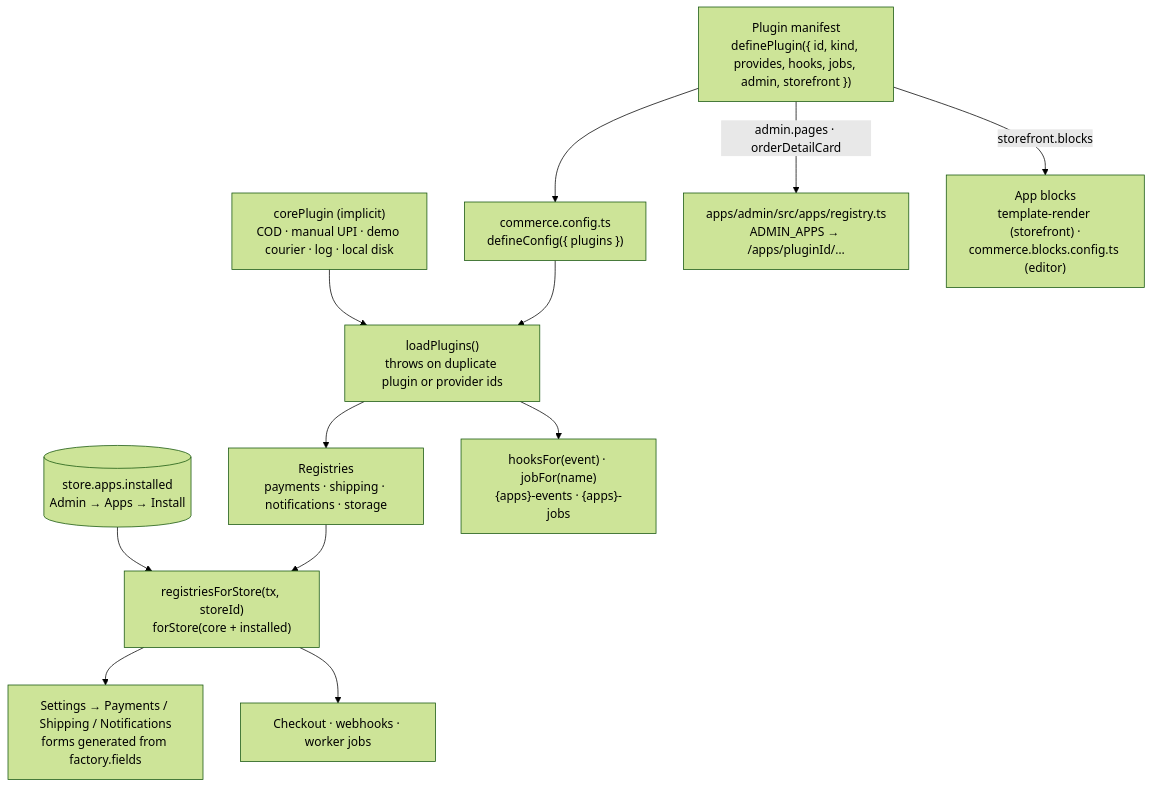
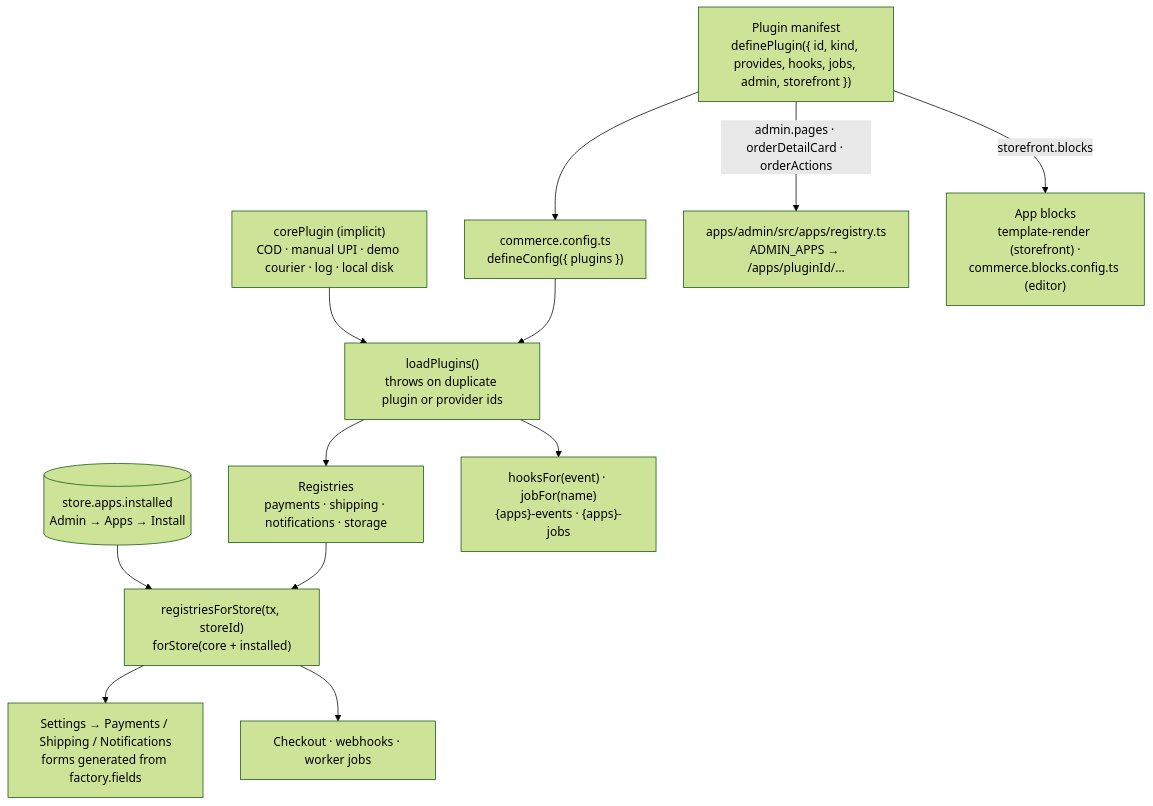
One commit to Viora-Tech/e-commerce changed the diagram in apps/docs/content/developer-docs/building/plugins.mdx. Above: the diagram before and after it, drawn with Mermaid (forest theme). The commit also changed other lines of this file and 37 other files, not shown here.

First line of the commit message:
feat(orders): app order actions in More actions, row menu and bulk bar

````diff
--- a/apps/docs/content/developer-docs/building/plugins.mdx
+++ b/apps/docs/content/developer-docs/building/plugins.mdx
@@ -31,14 +31,14 @@
 ```mermaid
 flowchart TD
   manifest["Plugin manifest<br/>definePlugin({ id, kind, provides, hooks, jobs, admin, storefront })"] --> config["commerce.config.ts<br/>defineConfig({ plugins })"]
   core["corePlugin (implicit)<br/>COD · manual UPI · demo courier · log · local disk"] --> load
   config --> load["loadPlugins()<br/>throws on duplicate plugin or provider ids"]
   load --> registries["Registries<br/>payments · shipping · notifications · storage"]
   installed[("store.apps.installed<br/>Admin → Apps → Install")] --> perstore["registriesForStore(tx, storeId)<br/>forStore(core + installed)"]
   registries --> perstore
   perstore --> settings["Settings → Payments / Shipping / Notifications<br/>forms generated from factory.fields"]
   perstore --> runtime["Checkout · webhooks · worker jobs"]
   load --> hooks["hooksFor(event) · jobFor(name)<br/>{apps}-events · {apps}-jobs"]
-  manifest -->|"admin.pages · orderDetailCard"| adminreg["apps/admin/src/apps/registry.ts<br/>ADMIN_APPS → /apps/pluginId/…"]
+  manifest -->|"admin.pages · orderDetailCard · orderActions"| adminreg["apps/admin/src/apps/registry.ts<br/>ADMIN_APPS → /apps/pluginId/…"]
   manifest -->|storefront.blocks| appblocks["App blocks<br/>template-render (storefront) ·<br/>commerce.blocks.config.ts (editor)"]
 ```
````
